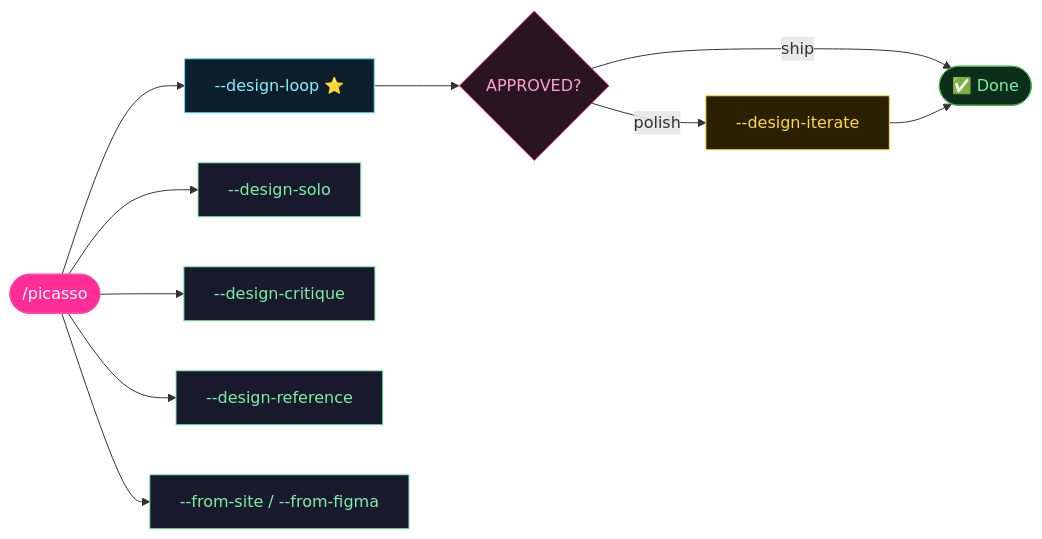
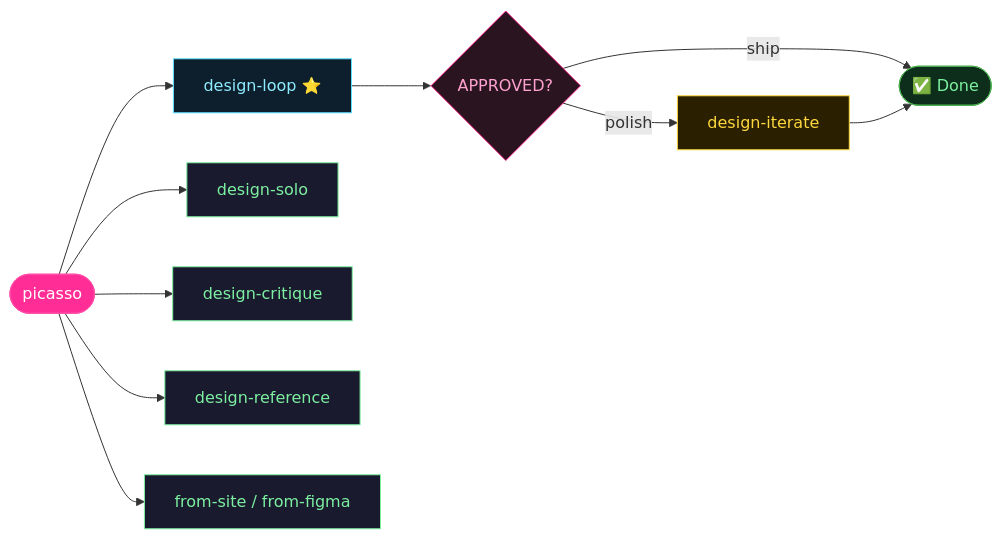
One commit to RazvanGabrielNiculae/picasso-claude-design-claude-code-bridge-loop changed the fourth of 7 diagrams in README.md. Above: the diagram before and after it, drawn with Mermaid. The commit also changed other lines of this file, not shown here.

Commit message:
fix: Mermaid syntax errors — remove slash from node labels, replace unsupported bidirectional arrows

````diff
--- a/README.md
+++ b/README.md
@@ -191,22 +192,22 @@
 ```mermaid
 flowchart LR
-    S([/picasso]) --> LOOP[--design-loop ⭐]
-    S --> SOLO[--design-solo]
-    S --> CRIT[--design-critique]
-    S --> REF[--design-reference]
-    S --> SRC["--from-site / --from-figma"]
+    S([picasso]) --> LOOP[design-loop ⭐]
+    S --> SOLO[design-solo]
+    S --> CRIT[design-critique]
+    S --> REF[design-reference]
+    S --> SRC[from-site / from-figma]
     LOOP --> AP{APPROVED?}
-    AP -- "polish" --> ITER[--design-iterate]
+    AP -- "polish" --> ITER[design-iterate]
     AP -- "ship" --> DONE([✅ Done])
     ITER --> DONE
 
     style S fill:#ff2d95,stroke:#ff4fa8,color:#fff
     style LOOP fill:#0d1f2d,stroke:#5ce1ff,color:#8eecff
     style SOLO fill:#1a1a2e,stroke:#7cf0a0,color:#7cf0a0
     style CRIT fill:#1a1a2e,stroke:#7cf0a0,color:#7cf0a0
     style REF fill:#1a1a2e,stroke:#7cf0a0,color:#7cf0a0
     style SRC fill:#1a1a2e,stroke:#7cf0a0,color:#7cf0a0
     style ITER fill:#2a2000,stroke:#ffd83d,color:#ffd83d
     style AP fill:#2a1420,stroke:#ff2d95,color:#ffa2cf
     style DONE fill:#0d2e1a,stroke:#4caf50,color:#7cf0a0
 ```
````
